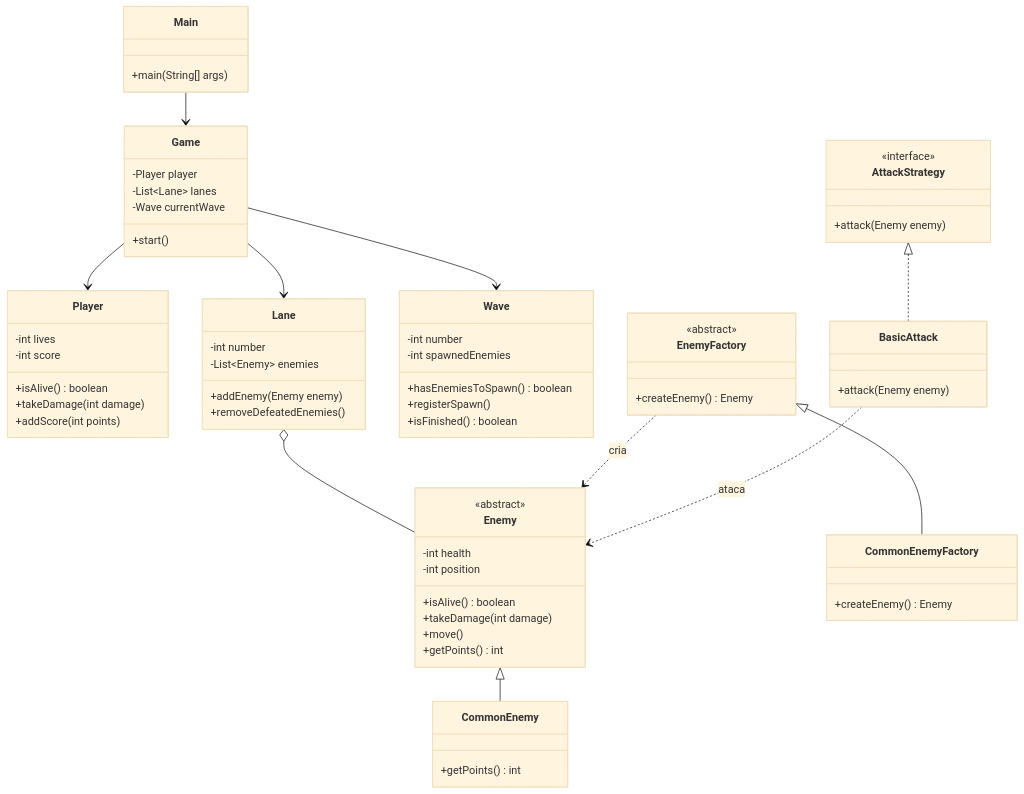
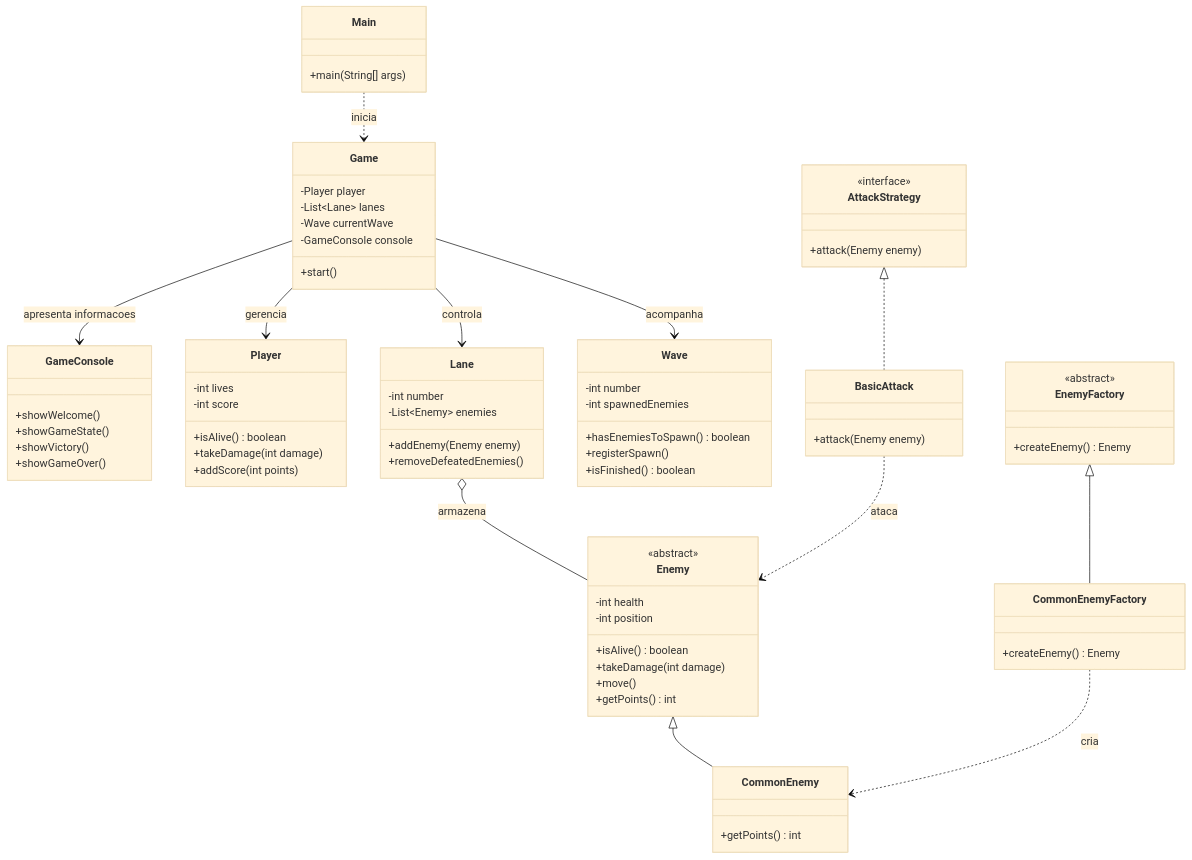
Before and after one commit to gabrielesequeira/lane-based-combat-game: the first of 2 diagrams in README.md, drawn with Mermaid (base theme). The commit also changed other lines of this file and 3 other files, not shown here.

````diff
--- a/README.md
+++ b/README.md
@@ -43,7 +42,15 @@
         -Player player
         -List~Lane~ lanes
         -Wave currentWave
+        -GameConsole console
         +start()
+    }
+
+    class GameConsole {
+        +showWelcome()
+        +showGameState()
+        +showVictory()
+        +showGameOver()
     }
 
     class Player {
@@ -101,14 +108,15 @@
         +attack(Enemy enemy)
     }
 
-    Main --> Game
-    Game --> Player
-    Game --> Lane
-    Game --> Wave
-    Lane o-- Enemy
+    Main ..> Game : inicia
+    Game --> Player : gerencia
+    Game --> Lane : controla
+    Game --> Wave : acompanha
+    Game --> GameConsole : apresenta informacoes
+    Lane o-- Enemy : armazena
     Enemy <|-- CommonEnemy
     EnemyFactory <|-- CommonEnemyFactory
-    EnemyFactory ..> Enemy : cria
+    CommonEnemyFactory ..> CommonEnemy : cria
     AttackStrategy <|.. BasicAttack
     BasicAttack ..> Enemy : ataca
 ```
````
